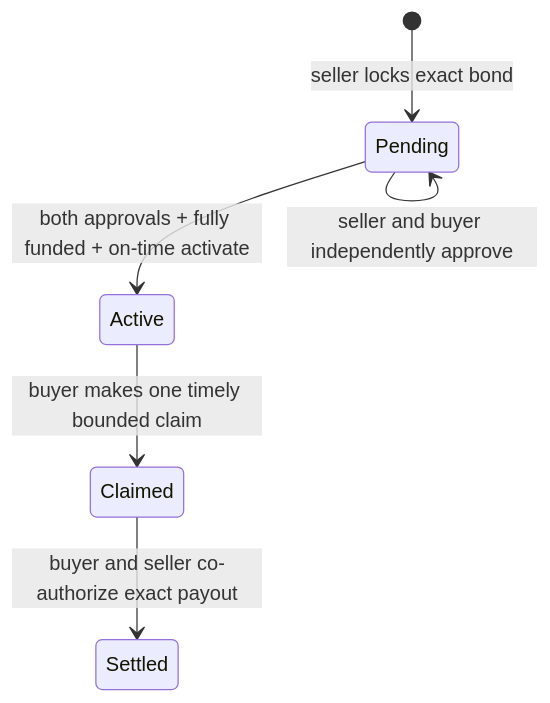
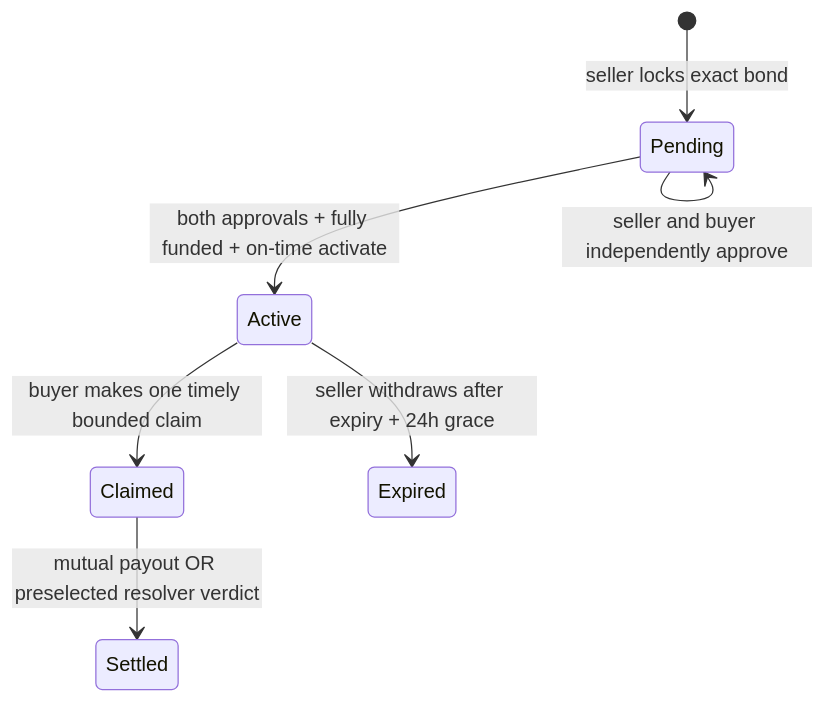
Before and after one commit to SoraClipse/SoroBond: the diagram in docs/product-spec.md, drawn with Mermaid. The commit also changed other lines of this file and 15 other files, not shown here.

````diff
--- a/docs/product-spec.md
+++ b/docs/product-spec.md
@@ -15,8 +15,9 @@
 ```mermaid
 stateDiagram-v2
   [*] --> Pending: seller locks exact bond
   Pending --> Pending: seller and buyer independently approve
   Pending --> Active: both approvals + fully funded + on-time activate
   Active --> Claimed: buyer makes one timely bounded claim
-  Claimed --> Settled: buyer and seller co-authorize exact payout
+  Claimed --> Settled: mutual payout OR preselected resolver verdict
+  Active --> Expired: seller withdraws after expiry + 24h grace
 ```
````
